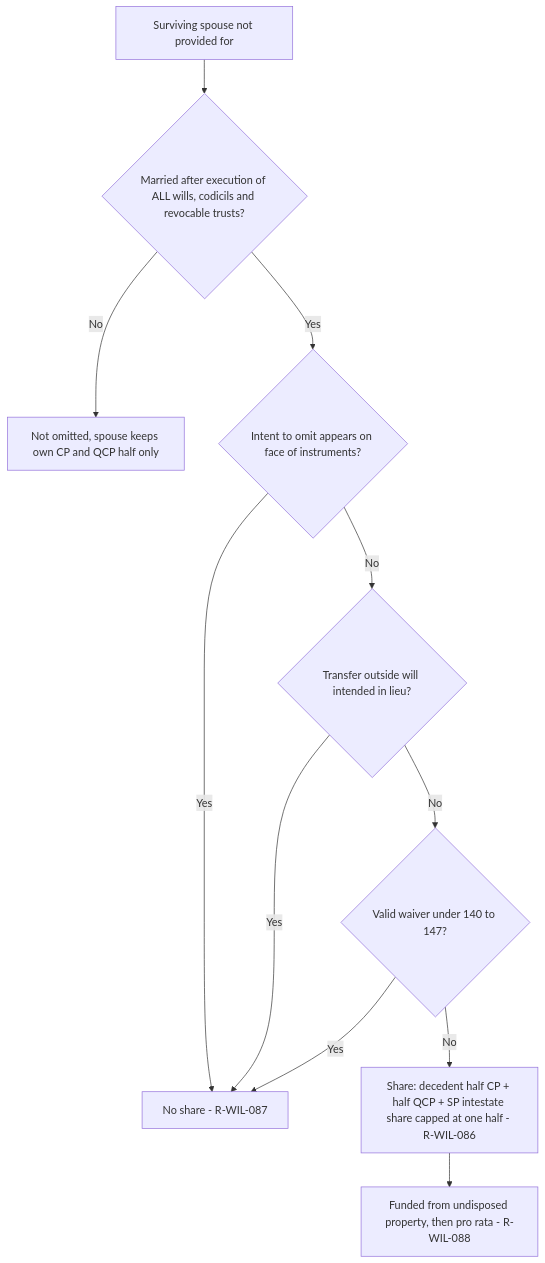
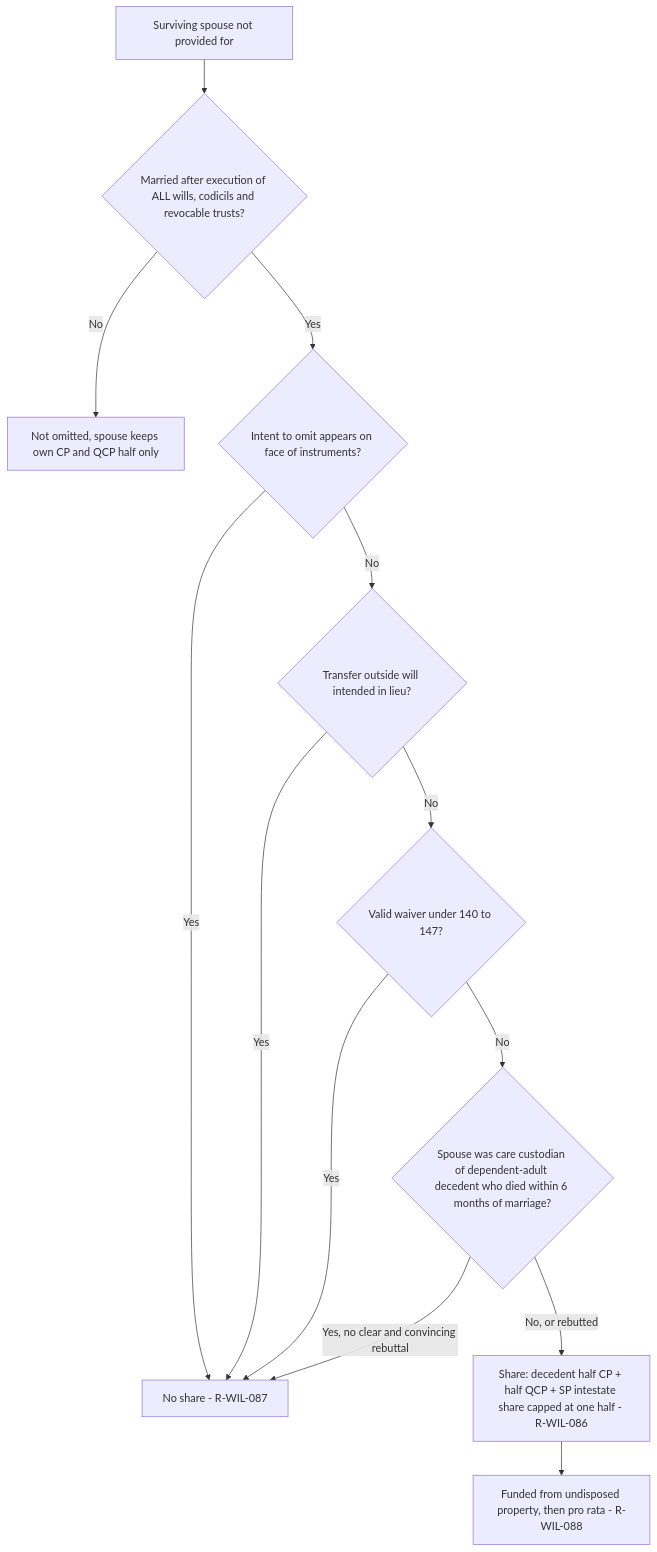
Before and after one commit to FrankHuang94/ca-bar-prep-claude: the eighth of 10 diagrams in 03-subjects/wills-succession/flowcharts.md, drawn with Mermaid. The commit also changed other lines of this file and 21 other files, not shown here.

````diff
--- a/03-subjects/wills-succession/flowcharts.md
+++ b/03-subjects/wills-succession/flowcharts.md
@@ -164,13 +164,15 @@
 ```mermaid
 flowchart TD
     A["Surviving spouse not provided for"] --> B{"Married after execution of ALL wills, codicils and revocable trusts?"}
     B -- "No" --> X["Not omitted, spouse keeps own CP and QCP half only"]
     B -- "Yes" --> C{"Intent to omit appears on face of instruments?"}
     C -- "Yes" --> X2["No share - R-WIL-087"]
     C -- "No" --> D{"Transfer outside will intended in lieu?"}
     D -- "Yes" --> X2
     D -- "No" --> E{"Valid waiver under 140 to 147?"}
     E -- "Yes" --> X2
-    E -- "No" --> F["Share: decedent half CP + half QCP + SP intestate share capped at one half - R-WIL-086"]
+    E -- "No" --> CC{"Spouse was care custodian of dependent-adult decedent who died within 6 months of marriage?"}
+    CC -- "Yes, no clear and convincing rebuttal" --> X2
+    CC -- "No, or rebutted" --> F["Share: decedent half CP + half QCP + SP intestate share capped at one half - R-WIL-086"]
     F --> G["Funded from undisposed property, then pro rata - R-WIL-088"]
 ```
````
